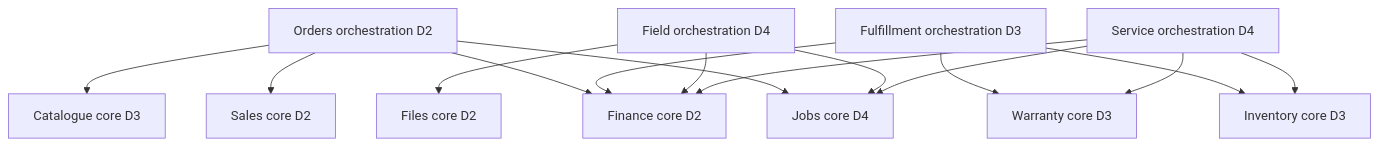
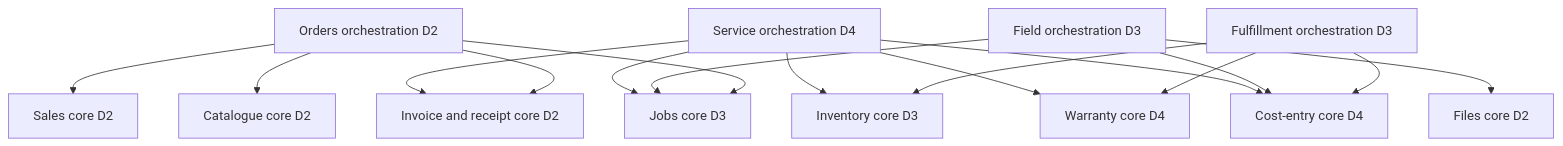
The diagram in docs/TRD.md (Muzaffar-codes07/sunshine), drawn with Mermaid before and after one commit. The commit also changed other lines of this file and 2 other files, not shown here.

````diff
--- a/docs/TRD.md
+++ b/docs/TRD.md
@@ -108,17 +183,18 @@
 ```mermaid
 flowchart TD
   Orders[Orders orchestration D2] --> Sales[Sales core D2]
-  Orders --> Jobs[Jobs core D4]
-  Orders --> Finance[Finance core D2]
-  Orders --> Catalogue[Catalogue core D3]
+  Orders --> Jobs[Jobs core D3]
+  Orders --> Invoicing[Invoice and receipt core D2]
+  Orders --> Catalogue[Catalogue core D2]
   Fulfillment[Fulfillment orchestration D3] --> Inventory[Inventory core D3]
-  Fulfillment --> Warranty[Warranty core D3]
-  Fulfillment --> Finance
-  Field[Field orchestration D4] --> Jobs
+  Fulfillment --> Warranty[Warranty core D4]
+  Fulfillment --> Costs[Cost-entry core D4]
+  Field[Field orchestration D3] --> Jobs
   Field --> Files[Files core D2]
-  Field --> Finance
+  Field --> Costs
   Service[Service orchestration D4] --> Jobs
   Service --> Inventory
   Service --> Warranty
-  Service --> Finance
+  Service --> Invoicing
+  Service --> Costs
 ```
````
